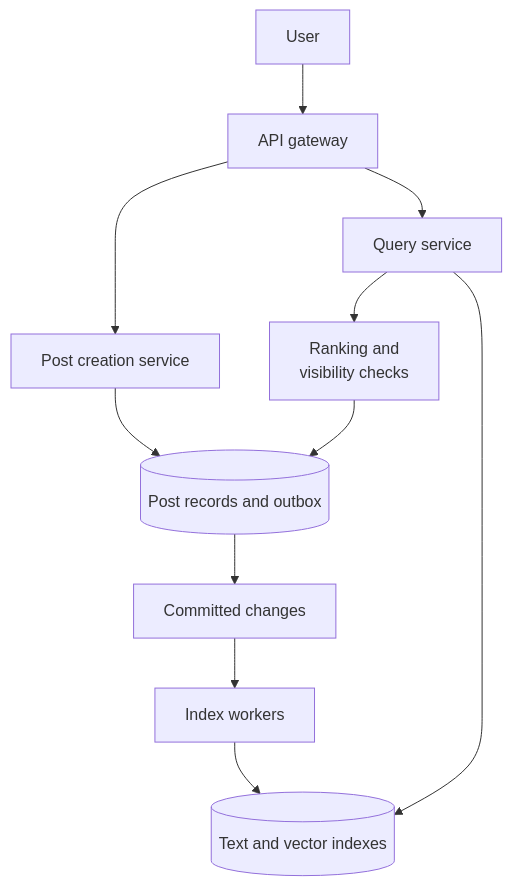
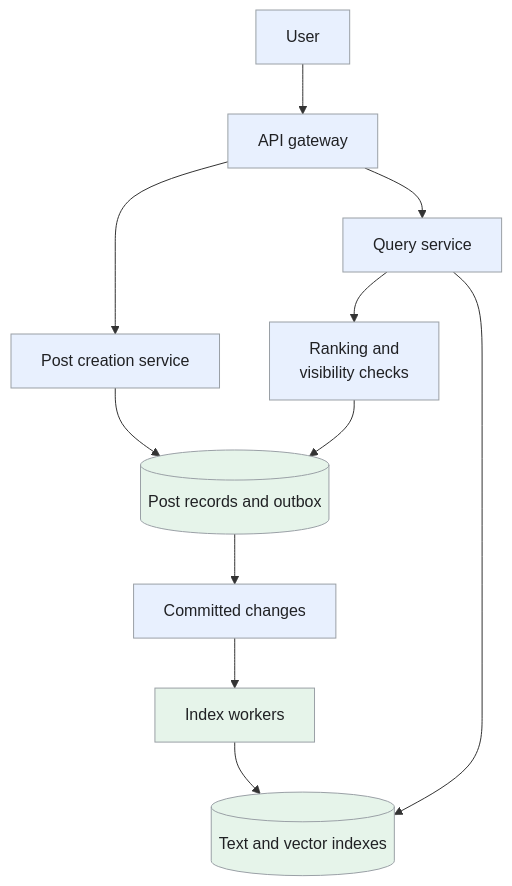
Before and after one commit to iliazlobin/iliazlobin.github.io: the first of 3 diagrams in _designs/system-design-post-search.md, drawn with Mermaid. The commit also changed other lines of this file and 20 other files, not shown here.

Commit message:
Improve design flows, tradeoffs, and technology references

````diff
--- a/_designs/system-design-post-search.md
+++ b/_designs/system-design-post-search.md
@@ -118,13 +118,18 @@
 ```mermaid
 flowchart TB
   U["User"] --> API["API gateway"]
   API --> POST["Post creation service"]
   POST --> DB[("Post records and outbox")]
   DB --> EVENTS["Committed changes"]
   EVENTS --> IDX["Index workers"]
   IDX --> SEARCH[("Text and vector indexes")]
   API --> QUERY["Query service"]
   QUERY --> SEARCH
   QUERY --> VERIFY["Ranking and<br/>visibility checks"]
   VERIFY --> DB
+  classDef request fill:#e8f0fe,stroke:#9aa0a6,color:#202124,stroke-width:1px
+  classDef background fill:#e6f4ea,stroke:#9aa0a6,color:#202124,stroke-width:1px
+  classDef control fill:#fef7e0,stroke:#9aa0a6,color:#202124,stroke-width:1px
+  class U,API,POST,EVENTS,QUERY,VERIFY request
+  class DB,IDX,SEARCH background
 ```
````
